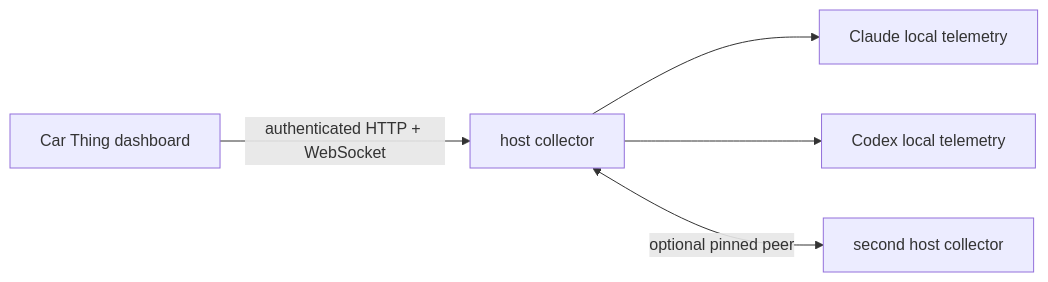
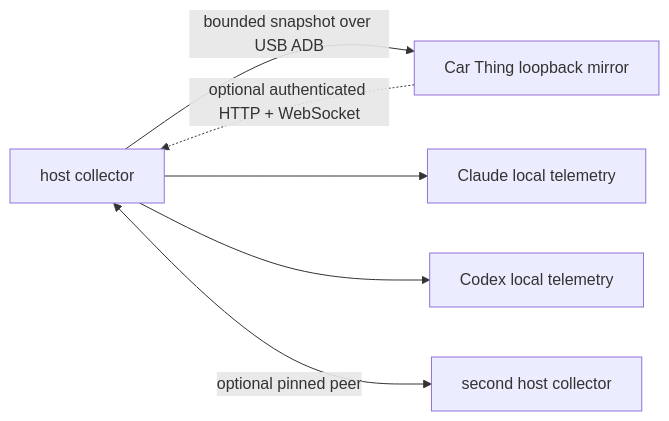
Before and after one commit to petehottelet/ClaudeThing: the diagram in README.md, drawn with Mermaid. The commit also changed other lines of this file and 10 other files, not shown here.

Commit message:
Mirror snapshots over unreliable USB links

````diff
--- a/README.md
+++ b/README.md
@@ -102,7 +102,8 @@
 ```mermaid
 flowchart LR
-  D["Car Thing dashboard"] -->|"authenticated HTTP + WebSocket"| C["host collector"]
+  C["host collector"] -->|"bounded snapshot over USB ADB"| D["Car Thing loopback mirror"]
+  D -.->|"optional authenticated HTTP + WebSocket"| C
   C --> A["Claude local telemetry"]
   C --> X["Codex local telemetry"]
   C <-->|"optional pinned peer"| P["second host collector"]
 ```
````
